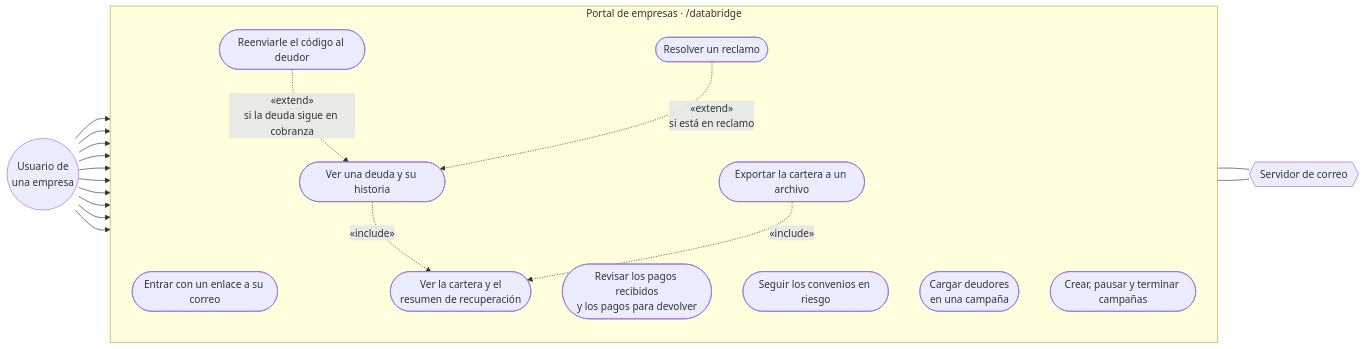
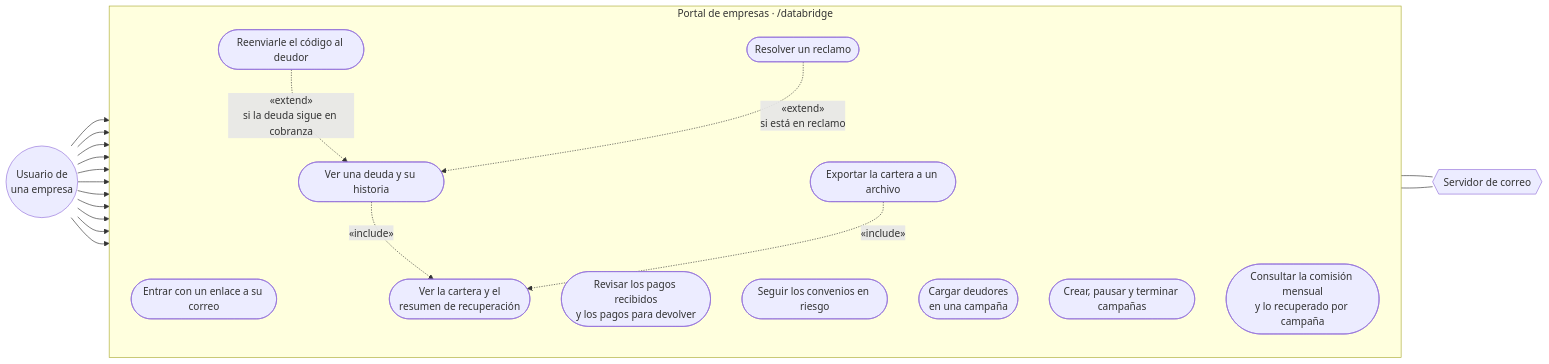
One commit to TechnicalBridge/DataBridge changed the tenth of 32 diagrams in README.md. Above: the diagram before and after it, drawn with Mermaid. The commit also changed other lines of this file and 22 other files, not shown here.

First line of the commit message:
feat: incorporar comision mensual por empresa y modelo de negocio

````diff
--- a/README.md
+++ b/README.md
@@ -1582,26 +1582,27 @@
 ```mermaid
 flowchart LR
     USU(("Usuario de<br/>una empresa"))
     subgraph DBE["Portal de empresas · /databridge"]
         direction TB
         E1(["Entrar con un enlace a su correo"])
         E2(["Ver la cartera y el<br/>resumen de recuperación"])
         E3(["Ver una deuda y su historia"])
         E4(["Reenviarle el código al deudor"])
         E5(["Resolver un reclamo"])
         E6(["Revisar los pagos recibidos<br/>y los pagos para devolver"])
         E7(["Seguir los convenios en riesgo"])
         E8(["Cargar deudores<br/>en una campaña"])
         E9(["Crear, pausar y terminar campañas"])
+        E12(["Consultar la comisión mensual<br/>y lo recuperado por campaña"])
         E11(["Exportar la cartera a un archivo"])
     end
     COR{{"Servidor de correo"}}
 
-    USU --> E1 & E2 & E3 & E4 & E5 & E6 & E7 & E8 & E9 & E11
+    USU --> E1 & E2 & E3 & E4 & E5 & E6 & E7 & E8 & E9 & E11 & E12
     E3 -. "«include»" .-> E2
     E4 -. "«extend»<br/>si la deuda sigue en cobranza" .-> E3
     E5 -. "«extend»<br/>si está en reclamo" .-> E3
     E11 -. "«include»" .-> E2
     E1 --- COR
     E4 --- COR
 ```
````
